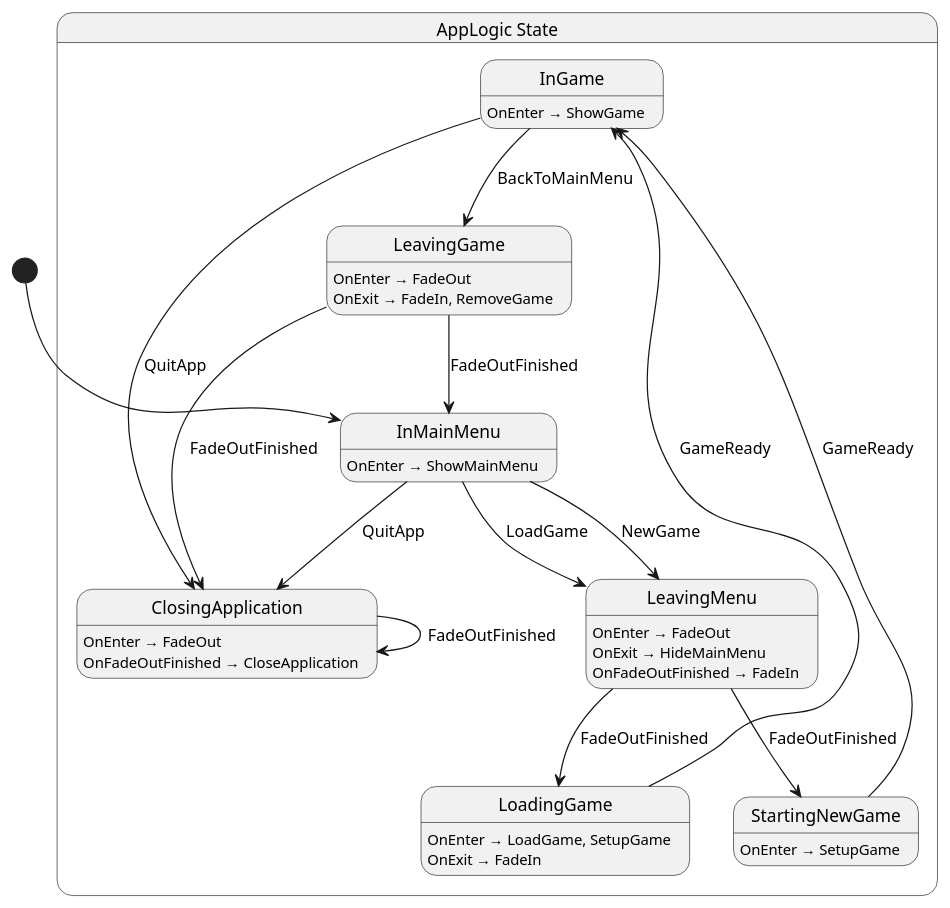
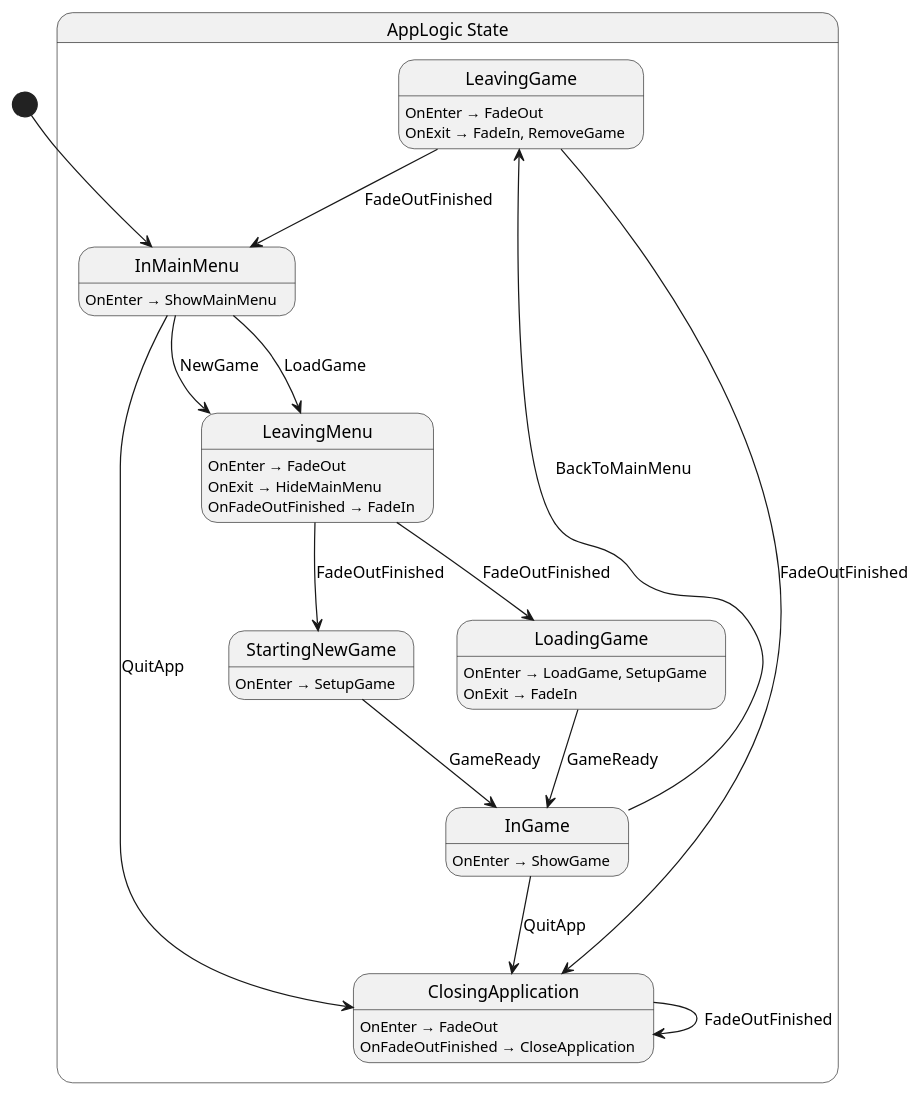
Before and after one commit to Nilsiker/Adventure: the diagram in src/app/state/AppLogic.g.puml, drawn with PlantUML. The commit also changed other lines of this file and 3 other files, not shown here.

```diff
--- a/src/app/state/AppLogic.g.puml
+++ b/src/app/state/AppLogic.g.puml
@@ -1,39 +1,39 @@
 @startuml AppLogic
 state "AppLogic State" as Shellguard_AppLogic_State {
   state "ClosingApplication" as Shellguard_AppLogic_State_ClosingApplication
-  state "InGame" as Shellguard_AppLogic_State_InGame
+  state "LeavingGame" as Shellguard_AppLogic_State_LeavingGame
+  state "StartingNewGame" as Shellguard_AppLogic_State_StartingNewGame
   state "InMainMenu" as Shellguard_AppLogic_State_InMainMenu
-  state "LeavingGame" as Shellguard_AppLogic_State_LeavingGame
   state "LeavingMenu" as Shellguard_AppLogic_State_LeavingMenu
   state "LoadingGame" as Shellguard_AppLogic_State_LoadingGame
-  state "StartingNewGame" as Shellguard_AppLogic_State_StartingNewGame
+  state "InGame" as Shellguard_AppLogic_State_InGame
 }
 
 Shellguard_AppLogic_State_ClosingApplication --> Shellguard_AppLogic_State_ClosingApplication : FadeOutFinished
 Shellguard_AppLogic_State_InGame --> Shellguard_AppLogic_State_ClosingApplication : QuitApp
 Shellguard_AppLogic_State_InGame --> Shellguard_AppLogic_State_LeavingGame : BackToMainMenu
 Shellguard_AppLogic_State_InMainMenu --> Shellguard_AppLogic_State_ClosingApplication : QuitApp
 Shellguard_AppLogic_State_InMainMenu --> Shellguard_AppLogic_State_LeavingMenu : LoadGame
 Shellguard_AppLogic_State_InMainMenu --> Shellguard_AppLogic_State_LeavingMenu : NewGame
 Shellguard_AppLogic_State_LeavingGame --> Shellguard_AppLogic_State_ClosingApplication : FadeOutFinished
 Shellguard_AppLogic_State_LeavingGame --> Shellguard_AppLogic_State_InMainMenu : FadeOutFinished
 Shellguard_AppLogic_State_LeavingMenu --> Shellguard_AppLogic_State_LoadingGame : FadeOutFinished
 Shellguard_AppLogic_State_LeavingMenu --> Shellguard_AppLogic_State_StartingNewGame : FadeOutFinished
 Shellguard_AppLogic_State_LoadingGame --> Shellguard_AppLogic_State_InGame : GameReady
 Shellguard_AppLogic_State_StartingNewGame --> Shellguard_AppLogic_State_InGame : GameReady
 
 Shellguard_AppLogic_State_ClosingApplication : OnEnter → FadeOut
 Shellguard_AppLogic_State_ClosingApplication : OnFadeOutFinished → CloseApplication
 Shellguard_AppLogic_State_InGame : OnEnter → ShowGame
 Shellguard_AppLogic_State_InMainMenu : OnEnter → ShowMainMenu
 Shellguard_AppLogic_State_LeavingGame : OnEnter → FadeOut
 Shellguard_AppLogic_State_LeavingGame : OnExit → FadeIn, RemoveGame
 Shellguard_AppLogic_State_LeavingMenu : OnEnter → FadeOut
 Shellguard_AppLogic_State_LeavingMenu : OnExit → HideMainMenu
 Shellguard_AppLogic_State_LeavingMenu : OnFadeOutFinished → FadeIn
 Shellguard_AppLogic_State_LoadingGame : OnEnter → LoadGame, SetupGame
 Shellguard_AppLogic_State_LoadingGame : OnExit → FadeIn
 Shellguard_AppLogic_State_StartingNewGame : OnEnter → SetupGame
 
 [*] --> Shellguard_AppLogic_State_InMainMenu
 @enduml
```
